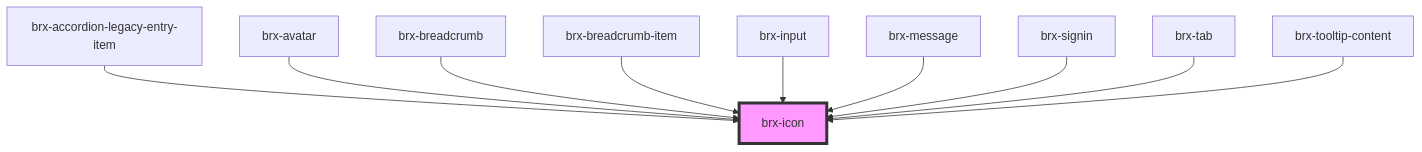
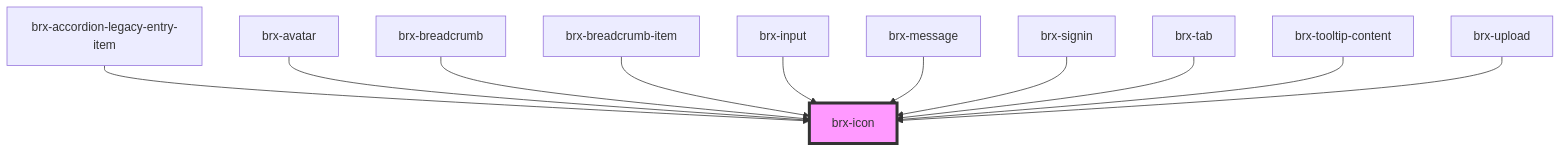
One commit to copperui/copperui changed the diagram in packages/core/src/components/brx-icon/readme.md. Above: the diagram before and after it, drawn with Mermaid. The commit also changed other lines of this file and 20 other files, not shown here.

First line of the commit message:
feat(core): components: brx-upload (#58)

````diff
--- a/packages/core/src/components/brx-icon/readme.md
+++ b/packages/core/src/components/brx-icon/readme.md
@@ -30,13 +31,14 @@
 ```mermaid
 graph TD;
   brx-accordion-legacy-entry-item --> brx-icon
   brx-avatar --> brx-icon
   brx-breadcrumb --> brx-icon
   brx-breadcrumb-item --> brx-icon
   brx-input --> brx-icon
   brx-message --> brx-icon
   brx-signin --> brx-icon
   brx-tab --> brx-icon
   brx-tooltip-content --> brx-icon
+  brx-upload --> brx-icon
   style brx-icon fill:#f9f,stroke:#333,stroke-width:4px
 ```
````
